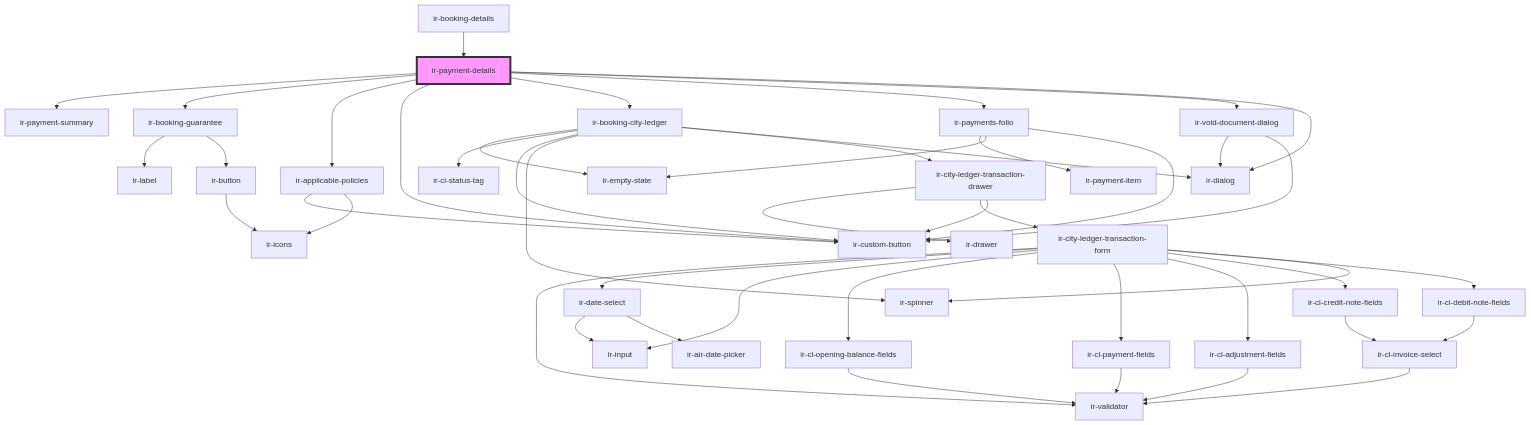
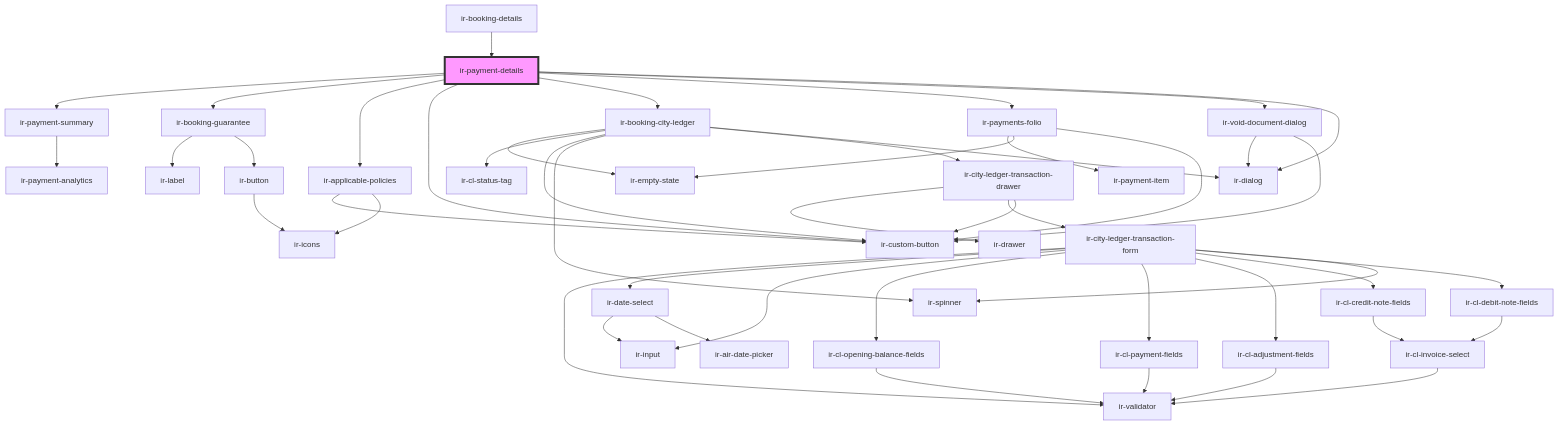
One commit to RonyRizk/ir-webcmp changed the diagram in src/components/ir-booking-details/ir-payment-details/readme.md. Above: the diagram before and after it, drawn with Mermaid. The commit also changed 38 other files, not shown here.

````diff
--- a/src/components/ir-booking-details/ir-payment-details/readme.md
+++ b/src/components/ir-booking-details/ir-payment-details/readme.md
@@ -56,49 +56,50 @@
 ```mermaid
 graph TD;
   ir-payment-details --> ir-payment-summary
   ir-payment-details --> ir-booking-guarantee
   ir-payment-details --> ir-applicable-policies
   ir-payment-details --> ir-custom-button
   ir-payment-details --> ir-booking-city-ledger
   ir-payment-details --> ir-payments-folio
   ir-payment-details --> ir-void-document-dialog
   ir-payment-details --> ir-dialog
+  ir-payment-summary --> ir-payment-analytics
   ir-booking-guarantee --> ir-label
   ir-booking-guarantee --> ir-button
   ir-button --> ir-icons
   ir-applicable-policies --> ir-custom-button
   ir-applicable-policies --> ir-icons
   ir-booking-city-ledger --> ir-empty-state
   ir-booking-city-ledger --> ir-cl-status-tag
   ir-booking-city-ledger --> ir-custom-button
   ir-booking-city-ledger --> ir-spinner
   ir-booking-city-ledger --> ir-city-ledger-transaction-drawer
   ir-booking-city-ledger --> ir-dialog
   ir-city-ledger-transaction-drawer --> ir-drawer
   ir-city-ledger-transaction-drawer --> ir-city-ledger-transaction-form
   ir-city-ledger-transaction-drawer --> ir-custom-button
   ir-city-ledger-transaction-form --> ir-validator
   ir-city-ledger-transaction-form --> ir-date-select
   ir-city-ledger-transaction-form --> ir-input
   ir-city-ledger-transaction-form --> ir-cl-opening-balance-fields
   ir-city-ledger-transaction-form --> ir-cl-payment-fields
   ir-city-ledger-transaction-form --> ir-cl-adjustment-fields
   ir-city-ledger-transaction-form --> ir-cl-credit-note-fields
   ir-city-ledger-transaction-form --> ir-cl-debit-note-fields
   ir-city-ledger-transaction-form --> ir-spinner
   ir-date-select --> ir-input
   ir-date-select --> ir-air-date-picker
   ir-cl-opening-balance-fields --> ir-validator
   ir-cl-payment-fields --> ir-validator
   ir-cl-adjustment-fields --> ir-validator
   ir-cl-credit-note-fields --> ir-cl-invoice-select
   ir-cl-invoice-select --> ir-validator
   ir-cl-debit-note-fields --> ir-cl-invoice-select
   ir-payments-folio --> ir-payment-item
   ir-payments-folio --> ir-empty-state
   ir-payments-folio --> ir-custom-button
   ir-void-document-dialog --> ir-dialog
   ir-void-document-dialog --> ir-custom-button
   ir-booking-details --> ir-payment-details
   style ir-payment-details fill:#f9f,stroke:#333,stroke-width:4px
 ```
````
